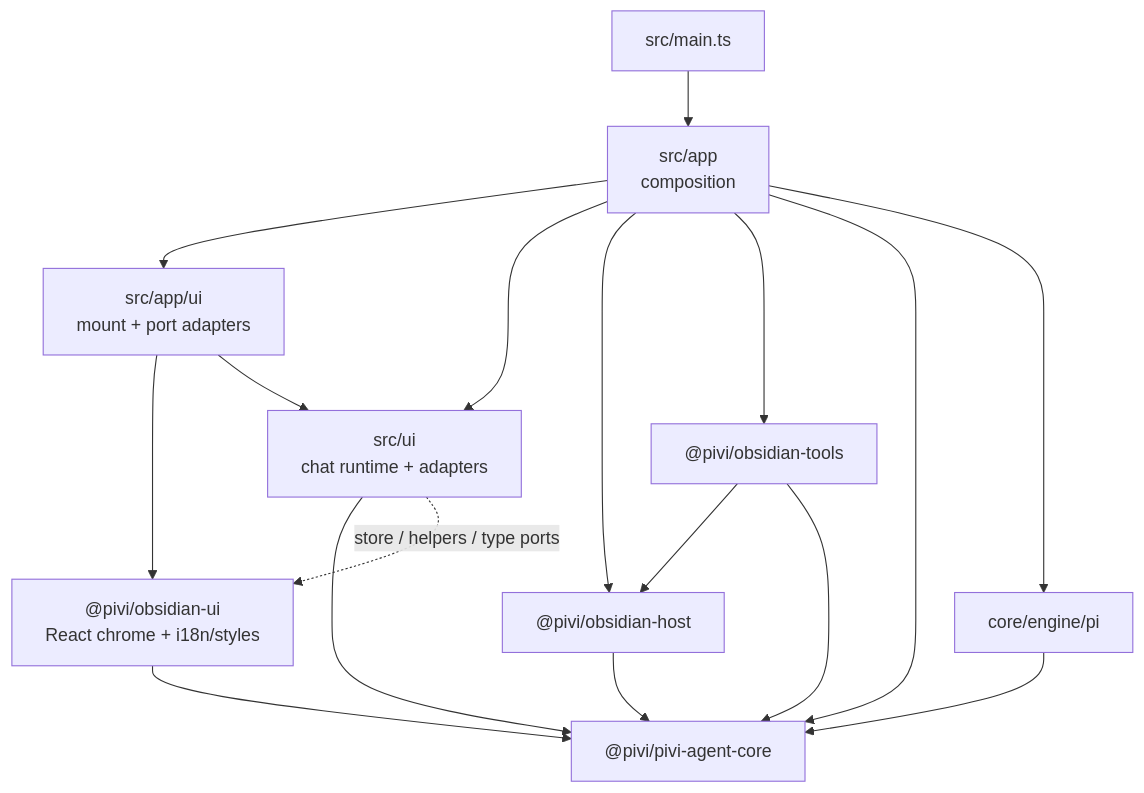
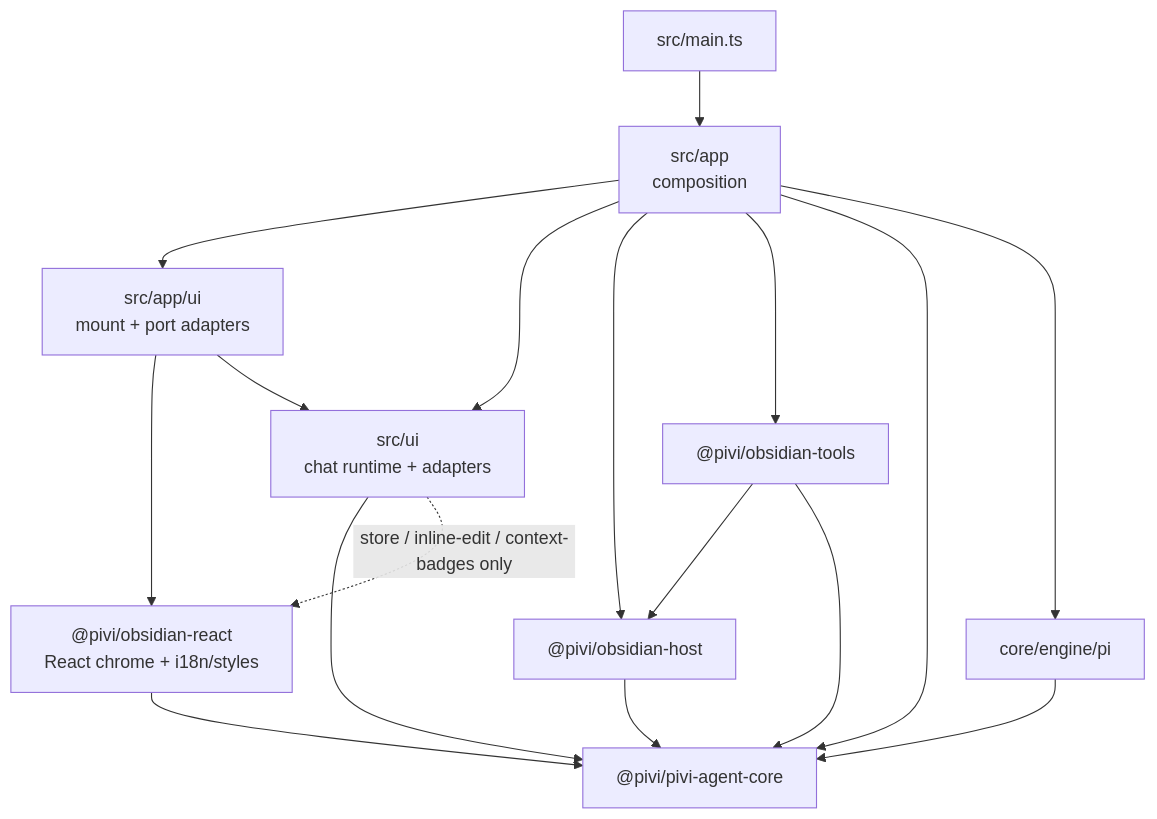
Before and after one commit to shuuul/obsidian-pivi: the first of 4 diagrams in AGENTS.md, drawn with Mermaid. The commit also changed other lines of this file and 335 other files, not shown here.

First line of the commit message:
refactor(architecture): enforce package and UI boundaries

````diff
--- a/AGENTS.md
+++ b/AGENTS.md
@@ -139,19 +139,19 @@
 ```mermaid
 flowchart TD
   Main["src/main.ts"] --> App["src/app<br/>composition"]
   App --> AppUI["src/app/ui<br/>mount + port adapters"]
   App --> RuntimeUI["src/ui<br/>chat runtime + adapters"]
-  AppUI --> ReactUI["@pivi/obsidian-ui<br/>React chrome + i18n/styles"]
+  AppUI --> ReactUI["@pivi/obsidian-react<br/>React chrome + i18n/styles"]
   AppUI --> RuntimeUI
   App --> HostPkg["@pivi/obsidian-host"]
   App --> ToolsPkg["@pivi/obsidian-tools"]
   App --> CorePkg["@pivi/pivi-agent-core"]
   App --> Engine["core/engine/pi"]
   ToolsPkg --> HostPkg
   ToolsPkg --> CorePkg
   HostPkg --> CorePkg
   ReactUI --> CorePkg
   RuntimeUI --> CorePkg
-  RuntimeUI -. "store / helpers / type ports" .-> ReactUI
+  RuntimeUI -. "store / inline-edit / context-badges only" .-> ReactUI
   Engine --> CorePkg
 ```
````
